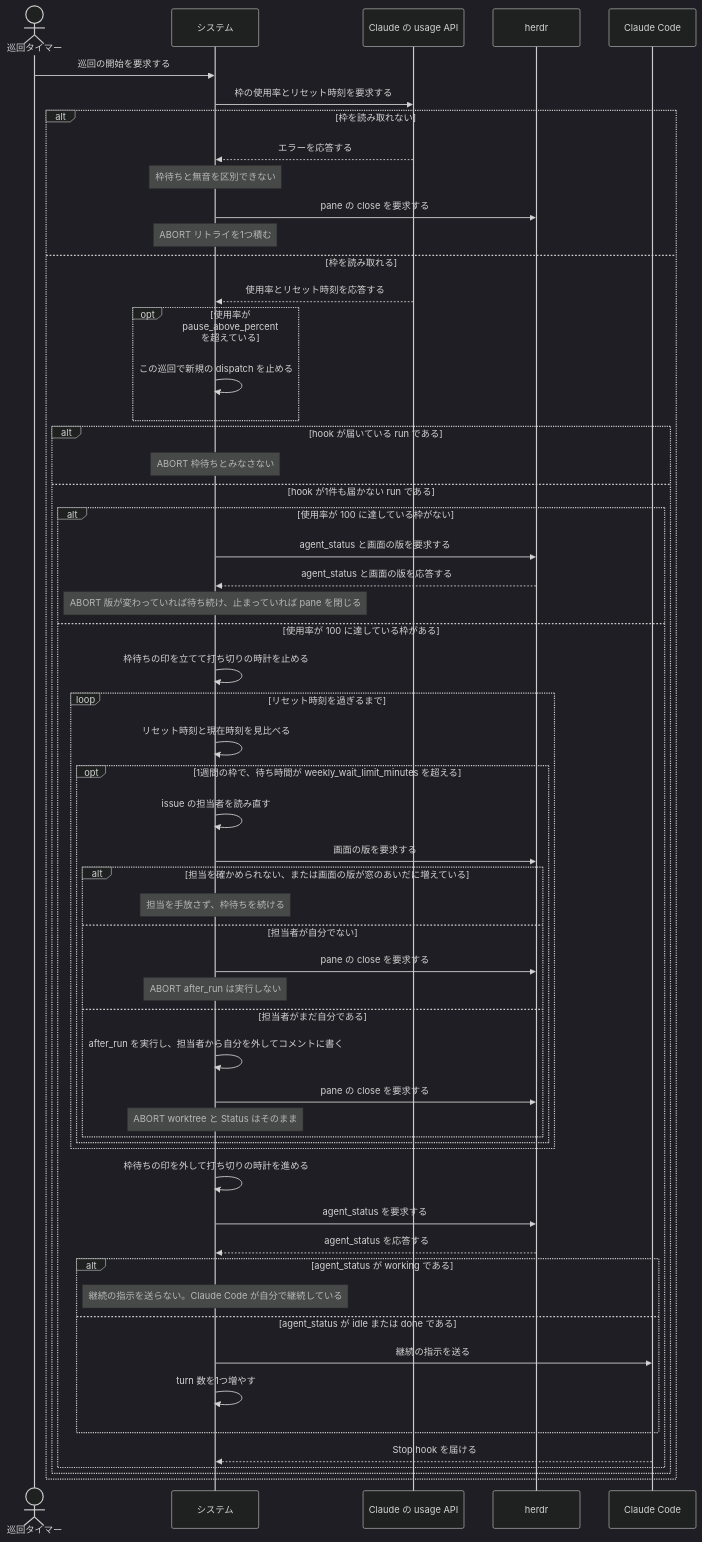
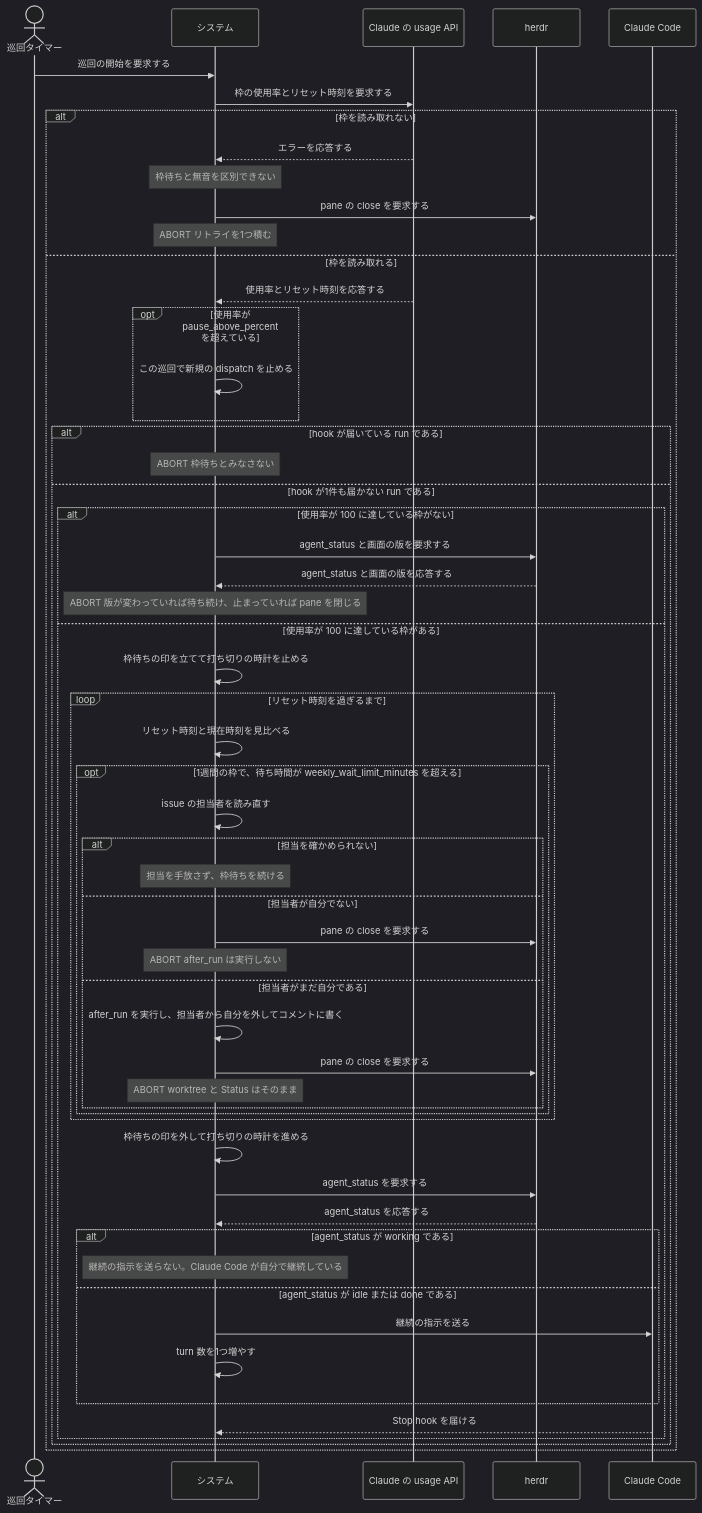
The second of 2 diagrams in docs/spec/usecases/particular_case/レートリミットで待って再開する.rucm.md (maimuzo/continuo), drawn with Mermaid (dark theme) before and after one commit. The commit also changed other lines of this file and 20 other files, not shown here.

````diff
--- a/docs/spec/usecases/particular_case/レートリミットで待って再開する.rucm.md
+++ b/docs/spec/usecases/particular_case/レートリミットで待って再開する.rucm.md
@@ -236,60 +235,59 @@
 ```mermaid
 sequenceDiagram
     actor T as 巡回タイマー
     participant S as システム
     participant API as Claude の usage API
     participant H as herdr
     participant CC as Claude Code
 
     T->>S: 巡回の開始を要求する
     S->>API: 枠の使用率とリセット時刻を要求する
     alt 枠を読み取れない
         API-->>S: エラーを応答する
         Note over S: 枠待ちと無音を区別できない
         S->>H: pane の close を要求する
         Note over S: ABORT リトライを1つ積む
     else 枠を読み取れる
         API-->>S: 使用率とリセット時刻を応答する
         opt 使用率が pause_above_percent を超えている
             S->>S: この巡回で新規の dispatch を止める
         end
         alt hook が届いている run である
             Note over S: ABORT 枠待ちとみなさない
         else hook が1件も届かない run である
             alt 使用率が 100 に達している枠がない
                 S->>H: agent_status と画面の版を要求する
                 H-->>S: agent_status と画面の版を応答する
                 Note over S: ABORT 版が変わっていれば待ち続け、止まっていれば pane を閉じる
             else 使用率が 100 に達している枠がある
                 S->>S: 枠待ちの印を立てて打ち切りの時計を止める
                 loop リセット時刻を過ぎるまで
                     S->>S: リセット時刻と現在時刻を見比べる
                     opt 1週間の枠で、待ち時間が weekly_wait_limit_minutes を超える
                         S->>S: issue の担当者を読み直す
-                        S->>H: 画面の版を要求する
-                        alt 担当を確かめられない、または画面の版が窓のあいだに増えている
+                        alt 担当を確かめられない
                             Note over S: 担当を手放さず、枠待ちを続ける
                         else 担当者が自分でない
                             S->>H: pane の close を要求する
                             Note over S: ABORT after_run は実行しない
                         else 担当者がまだ自分である
                             S->>S: after_run を実行し、担当者から自分を外してコメントに書く
                             S->>H: pane の close を要求する
                             Note over S: ABORT worktree と Status はそのまま
                         end
                     end
                 end
                 S->>S: 枠待ちの印を外して打ち切りの時計を進める
                 S->>H: agent_status を要求する
                 H-->>S: agent_status を応答する
                 alt agent_status が working である
                     Note over S: 継続の指示を送らない。Claude Code が自分で継続している
                 else agent_status が idle または done である
                     S->>CC: 継続の指示を送る
                     S->>S: turn 数を1つ増やす
                 end
                 CC-->>S: Stop hook を届ける
             end
         end
     end
 ```
````
